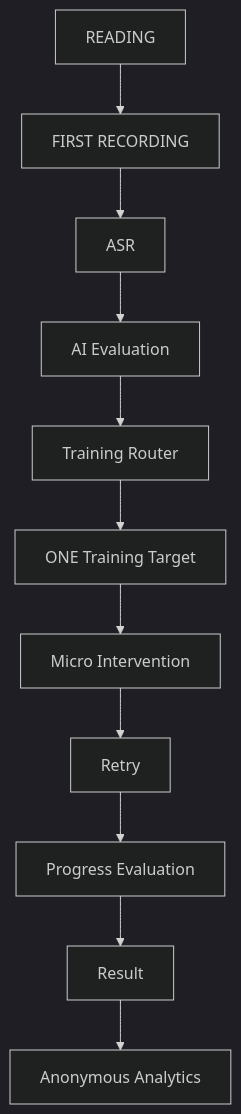
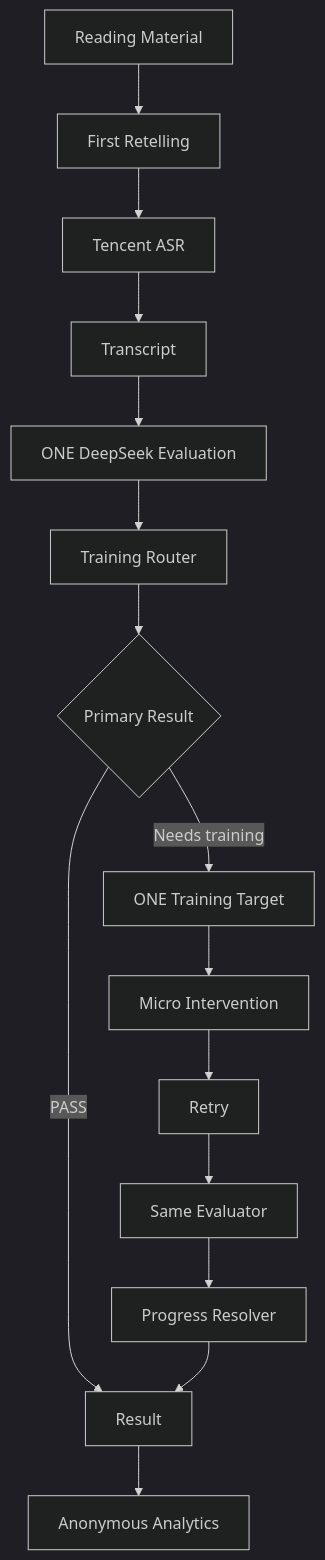
Before and after one commit to rui545699-lab/SpeakNext: the first of 2 diagrams in README.md, drawn with Mermaid (dark theme). The commit also changed other lines of this file and 1 other file, not shown here.

````diff
--- a/README.md
+++ b/README.md
@@ -39,13 +66,17 @@
 ```mermaid
 flowchart TD
-    A[READING] --> B[FIRST RECORDING]
-    B --> C[ASR]
-    C --> D[AI Evaluation]
-    D --> E[Training Router]
-    E --> F[ONE Training Target]
-    F --> G[Micro Intervention]
-    G --> H[Retry]
-    H --> I[Progress Evaluation]
-    I --> J[Result]
-    J --> K[Anonymous Analytics]
+    A[Reading Material] --> B[First Retelling]
+    B --> C[Tencent ASR]
+    C --> D[Transcript]
+    D --> E[ONE DeepSeek Evaluation]
+    E --> F[Training Router]
+    F --> G{Primary Result}
+    G -->|PASS| M[Result]
+    G -->|Needs training| H[ONE Training Target]
+    H --> I[Micro Intervention]
+    I --> J[Retry]
+    J --> K[Same Evaluator]
+    K --> L[Progress Resolver]
+    L --> M
+    M --> N[Anonymous Analytics]
 ```
````
